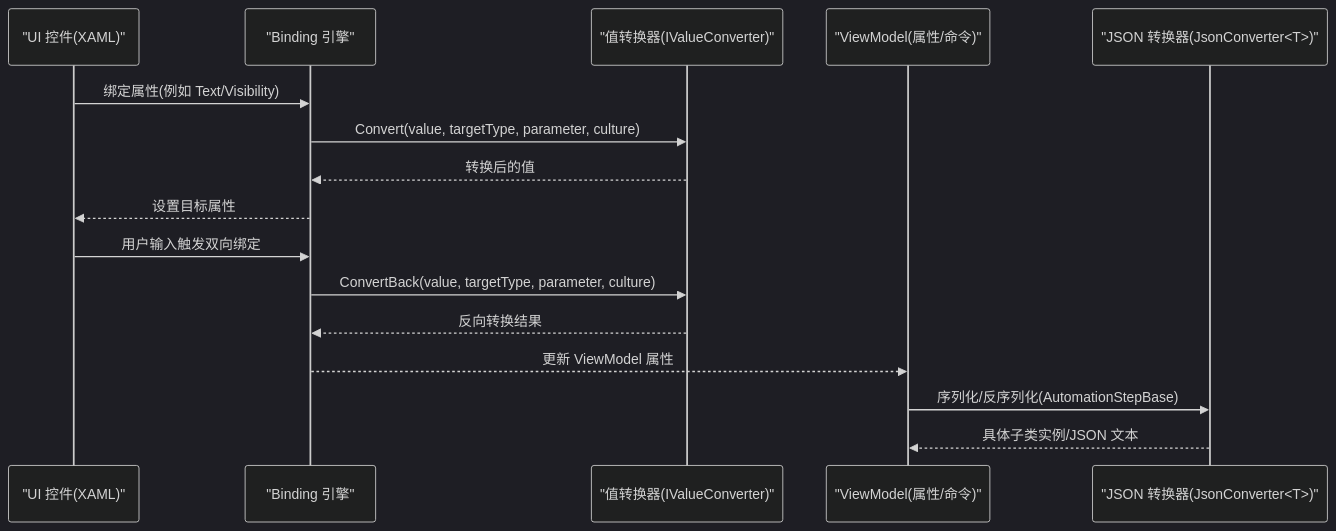
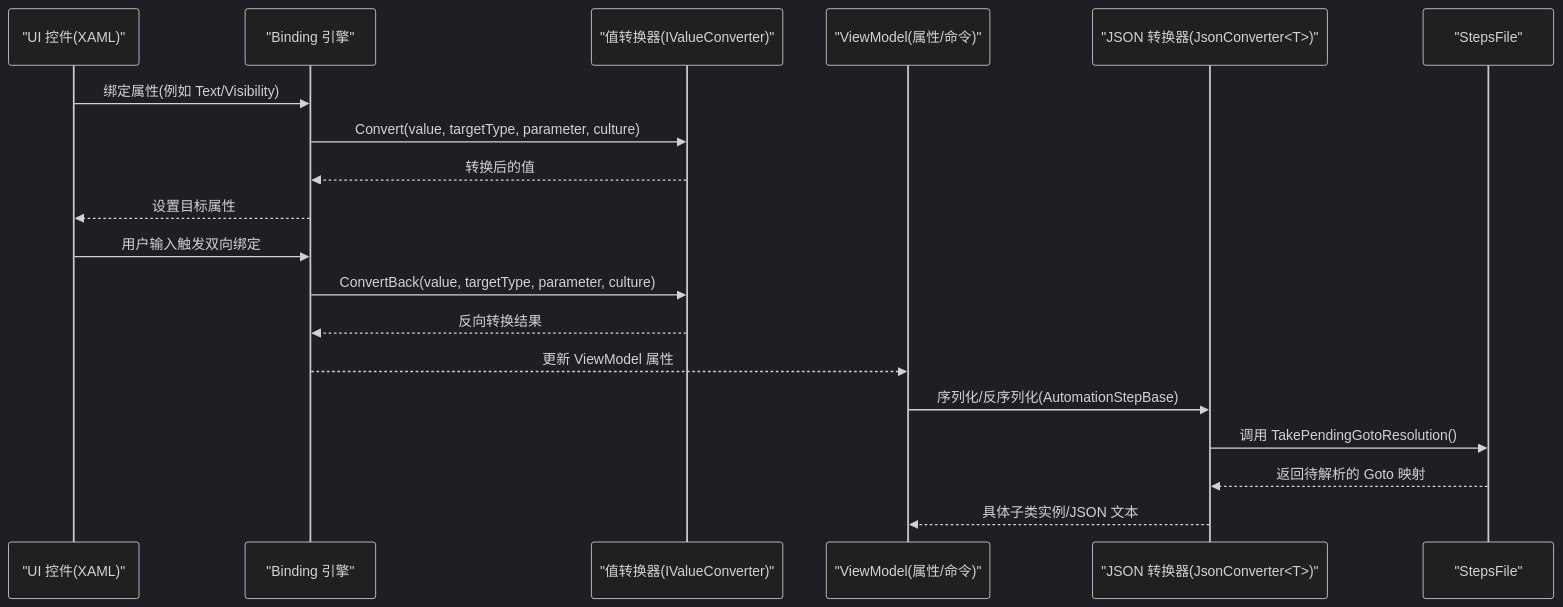
The second of 8 diagrams in .qoder/repowiki/zh/content/用户界面系统/数据绑定与转换器.md (yooxii/ShaoLuAuto), drawn with Mermaid (dark theme) before and after one commit. The commit also changed other lines of this file and 45 other files, not shown here.

````diff
--- a/.qoder/repowiki/zh/content/用户界面系统/数据绑定与转换器.md
+++ b/.qoder/repowiki/zh/content/用户界面系统/数据绑定与转换器.md
@@ -108,18 +125,21 @@
 ```mermaid
 sequenceDiagram
 participant UI as "UI 控件(XAML)"
 participant Bind as "Binding 引擎"
 participant Conv as "值转换器(IValueConverter)"
 participant VM as "ViewModel(属性/命令)"
 participant Ser as "JSON 转换器(JsonConverter<T>)"
+participant File as "StepsFile"
 UI->>Bind : 绑定属性(例如 Text/Visibility)
 Bind->>Conv : Convert(value, targetType, parameter, culture)
 Conv-->>Bind : 转换后的值
 Bind-->>UI : 设置目标属性
 UI->>Bind : 用户输入触发双向绑定
 Bind->>Conv : ConvertBack(value, targetType, parameter, culture)
 Conv-->>Bind : 反向转换结果
 Bind-->>VM : 更新 ViewModel 属性
 VM->>Ser : 序列化/反序列化(AutomationStepBase)
+Ser->>File : 调用 TakePendingGotoResolution()
+File-->>Ser : 返回待解析的 Goto 映射
 Ser-->>VM : 具体子类实例/JSON 文本
 ```
````
